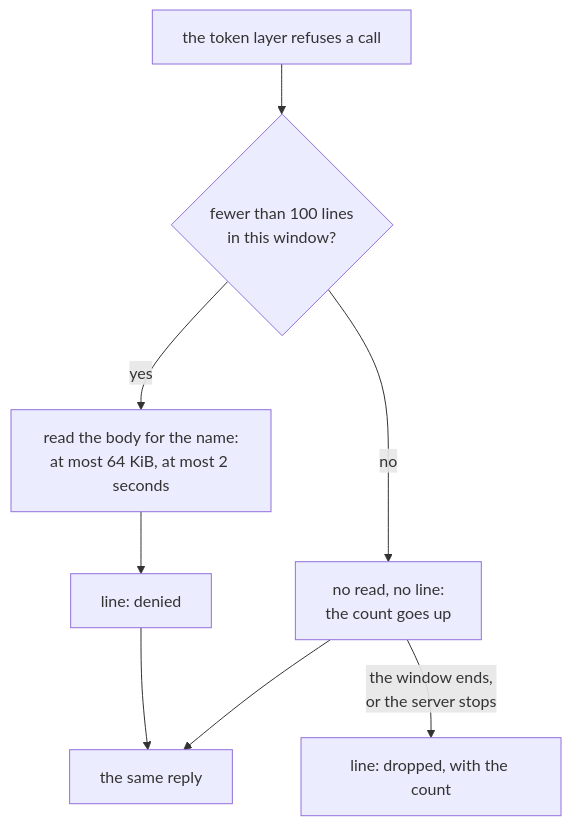
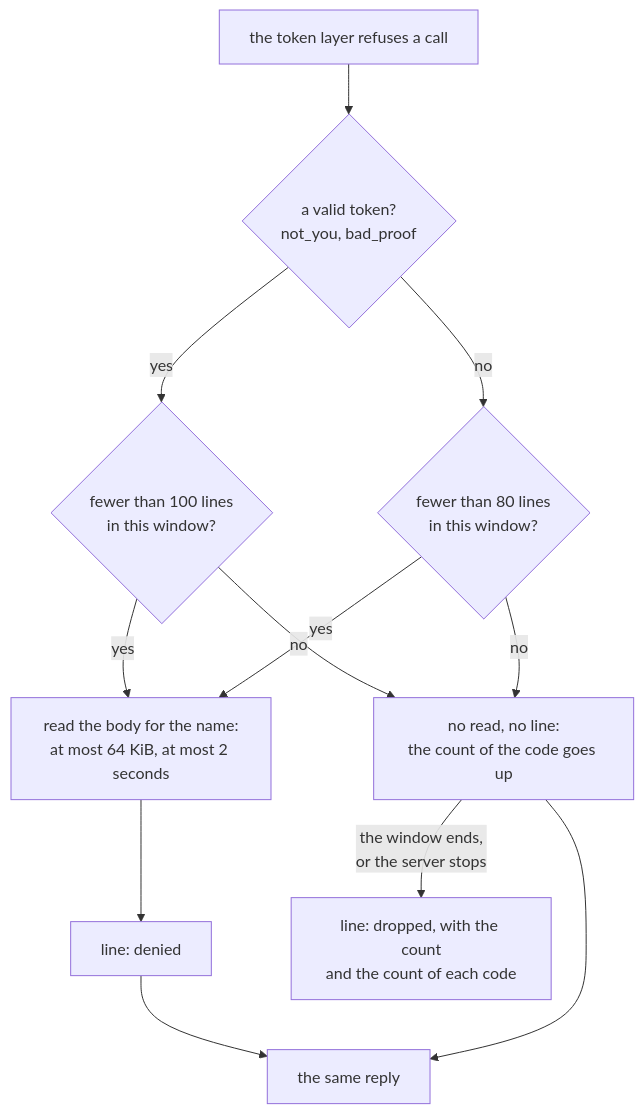
Before and after one commit to como-technologies/riff: the third of 6 diagrams in docs/src/design-engine.md, drawn with Mermaid. The commit also changed other lines of this file and 6 other files, not shown here.

First line of the commit message:
The dropped line counts each code, and 20 lines of a window are kept for a valid token (#478)

````diff
--- a/docs/src/design-engine.md
+++ b/docs/src/design-engine.md
@@ -454,10 +455,14 @@
   ```mermaid
   flowchart TD
-      R[the token layer refuses a call] --> W{"fewer than 100 lines<br/>in this window?"}
+      R[the token layer refuses a call] --> V{"a valid token?<br/>not_you, bad_proof"}
+      V -->|yes| W{"fewer than 100 lines<br/>in this window?"}
+      V -->|no| K{"fewer than 80 lines<br/>in this window?"}
       W -->|yes| B["read the body for the name:<br/>at most 64 KiB, at most 2 seconds"]
+      K -->|yes| B
       B --> D[line: denied]
-      W -->|no| N["no read, no line:<br/>the count goes up"]
-      N -->|"the window ends,<br/>or the server stops"| C["line: dropped, with the count"]
+      W -->|no| N["no read, no line:<br/>the count of the code goes up"]
+      K -->|no| N
+      N -->|"the window ends,<br/>or the server stops"| C["line: dropped, with the count<br/>and the count of each code"]
       D --> S[the same reply]
       N --> S
   ```
````
